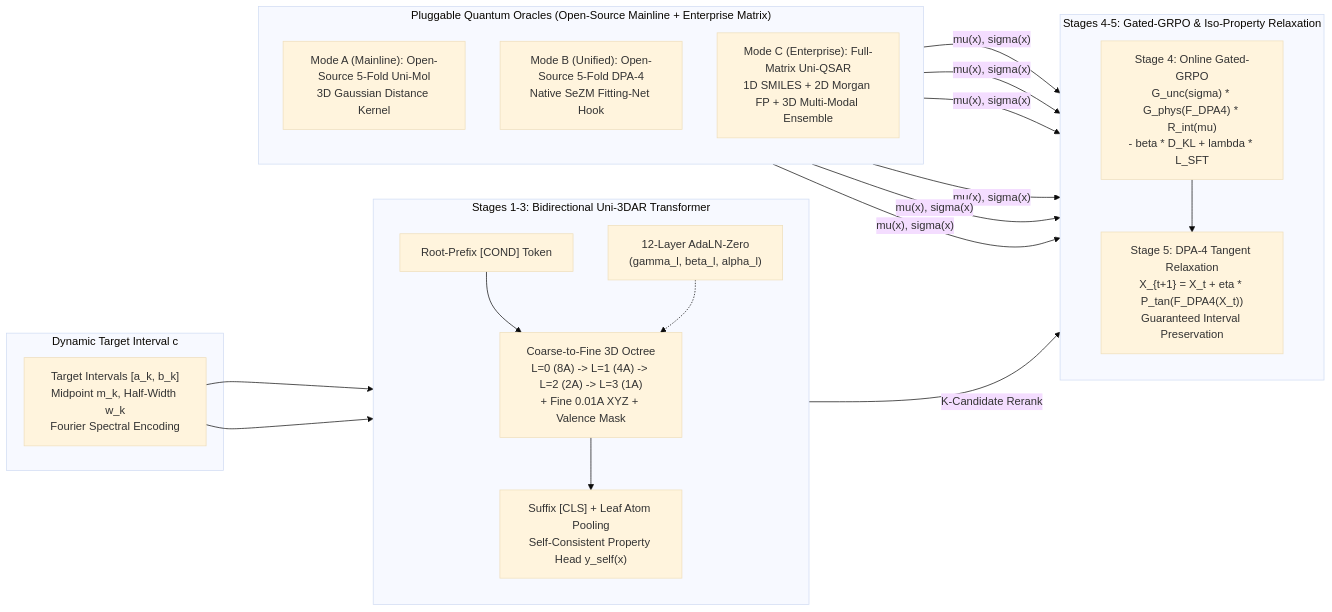
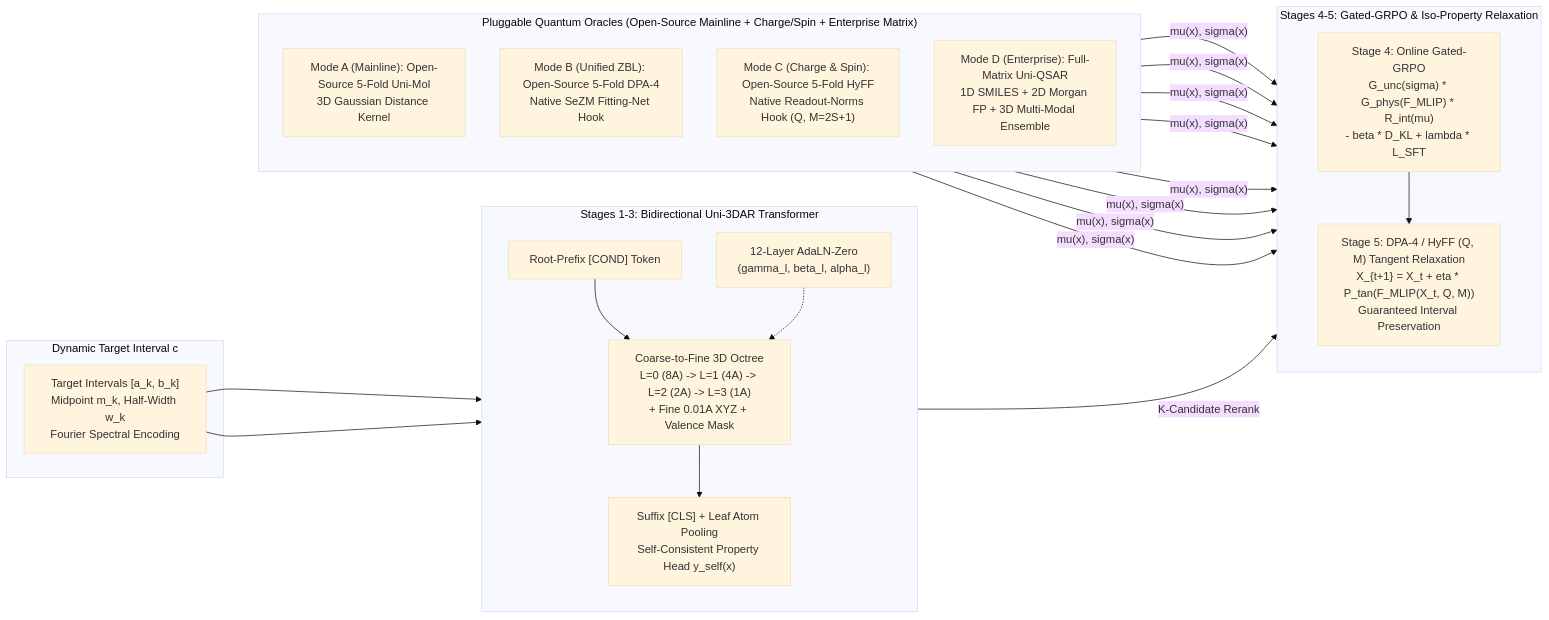
One commit to ShangChien/orbit3d changed the diagram in paper/ORBIT3D_arXiv_Paper.md. Above: the diagram before and after it, drawn with Mermaid (base theme). The commit also changed other lines of this file and 139 other files, not shown here.

Commit message:
feat(hyff,paper,docker): integrate HyFF (presto/vivace/moderato) runtime, quantum charge/spin abstract, module selection guide, and DP Technology co-authors

````diff
--- a/paper/ORBIT3D_arXiv_Paper.md
+++ b/paper/ORBIT3D_arXiv_Paper.md
@@ -54,34 +54,35 @@
 ```mermaid
 flowchart LR
     subgraph Cond["Dynamic Target Interval c"]
         C["Target Intervals [a_k, b_k]<br/>Midpoint m_k, Half-Width w_k<br/>Fourier Spectral Encoding"]
     end
 
     subgraph Backbone["Stages 1-3: Bidirectional Uni-3DAR Transformer"]
         direction TB
         P["Root-Prefix [COND] Token"]
         Ada["12-Layer AdaLN-Zero<br/>(gamma_l, beta_l, alpha_l)"]
         Oct["Coarse-to-Fine 3D Octree<br/>L=0 (8A) -> L=1 (4A) -> L=2 (2A) -> L=3 (1A)<br/>+ Fine 0.01A XYZ + Valence Mask"]
         Suf["Suffix [CLS] + Leaf Atom Pooling<br/>Self-Consistent Property Head y_self(x)"]
         P --> Oct --> Suf
         Ada -.-> Oct
     end
 
-    subgraph Oracles["Pluggable Quantum Oracles (Open-Source Mainline + Enterprise Matrix)"]
+    subgraph Oracles["Pluggable Quantum Oracles (Open-Source Mainline + Charge/Spin + Enterprise Matrix)"]
         direction TB
         UM["Mode A (Mainline): Open-Source 5-Fold Uni-Mol<br/>3D Gaussian Distance Kernel"]
-        DP["Mode B (Unified): Open-Source 5-Fold DPA-4<br/>Native SeZM Fitting-Net Hook"]
-        UQ["Mode C (Enterprise): Full-Matrix Uni-QSAR<br/>1D SMILES + 2D Morgan FP + 3D Multi-Modal Ensemble"]
+        DP["Mode B (Unified ZBL): Open-Source 5-Fold DPA-4<br/>Native SeZM Fitting-Net Hook"]
+        HY["Mode C (Charge & Spin): Open-Source 5-Fold HyFF<br/>Native Readout-Norms Hook (Q, M=2S+1)"]
+        UQ["Mode D (Enterprise): Full-Matrix Uni-QSAR<br/>1D SMILES + 2D Morgan FP + 3D Multi-Modal Ensemble"]
     end
 
     subgraph Align["Stages 4-5: Gated-GRPO & Iso-Property Relaxation"]
         direction TB
-        GRPO["Stage 4: Online Gated-GRPO<br/>G_unc(sigma) * G_phys(F_DPA4) * R_int(mu)<br/>- beta * D_KL + lambda * L_SFT"]
-        Relax["Stage 5: DPA-4 Tangent Relaxation<br/>X_{t+1} = X_t + eta * P_tan(F_DPA4(X_t))<br/>Guaranteed Interval Preservation"]
+        GRPO["Stage 4: Online Gated-GRPO<br/>G_unc(sigma) * G_phys(F_MLIP) * R_int(mu)<br/>- beta * D_KL + lambda * L_SFT"]
+        Relax["Stage 5: DPA-4 / HyFF (Q, M) Tangent Relaxation<br/>X_{t+1} = X_t + eta * P_tan(F_MLIP(X_t, Q, M))<br/>Guaranteed Interval Preservation"]
         GRPO --> Relax
     end
 
     C --> P & Ada
     Suf -->|"K-Candidate Rerank"| GRPO
-    UM & DP & UQ -->|"mu(x), sigma(x)"| GRPO & Relax
+    UM & DP & HY & UQ -->|"mu(x), sigma(x)"| GRPO & Relax
 ```
````
